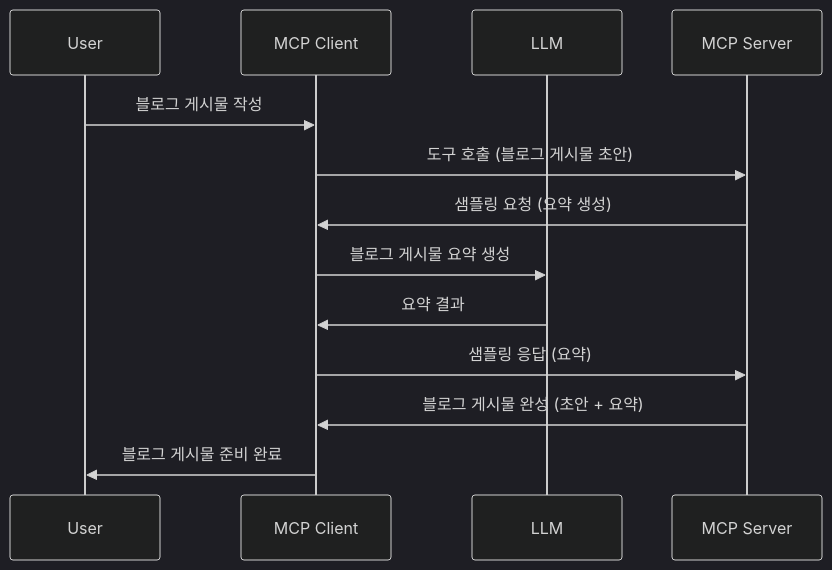
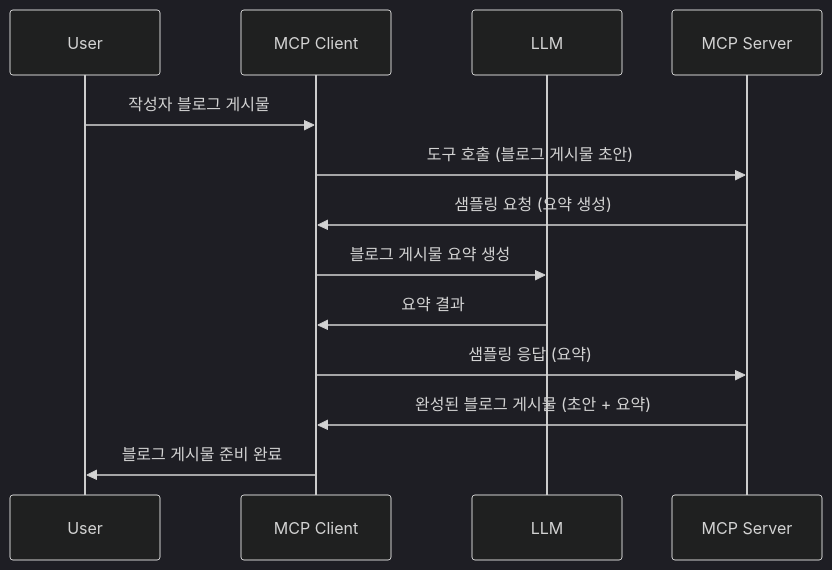
The diagram in mcp_ecosystem__model_context_protocol/mcp_learning_resources/mcp-for-beginners/translations/ko/03-GettingStarted/14-sampling/README.md (HIDORAKAI002/ai-workspace-archive), drawn with Mermaid (dark theme) before and after one commit. The commit also changed other lines of this file and 1046 other files, not shown here.

````diff
--- a/mcp_ecosystem__model_context_protocol/mcp_learning_resources/mcp-for-beginners/translations/ko/03-GettingStarted/14-sampling/README.md
+++ b/mcp_ecosystem__model_context_protocol/mcp_learning_resources/mcp-for-beginners/translations/ko/03-GettingStarted/14-sampling/README.md
@@ -23,16 +25,16 @@
 ```mermaid
 sequenceDiagram
     participant User
     participant MCP Client
     participant LLM
     participant MCP Server
 
-    User->>MCP Client: 블로그 게시물 작성
+    User->>MCP Client: 작성자 블로그 게시물
     MCP Client->>MCP Server: 도구 호출 (블로그 게시물 초안)
     MCP Server->>MCP Client: 샘플링 요청 (요약 생성)
     MCP Client->>LLM: 블로그 게시물 요약 생성
     LLM->>MCP Client: 요약 결과
     MCP Client->>MCP Server: 샘플링 응답 (요약)
-    MCP Server->>MCP Client: 블로그 게시물 완성 (초안 + 요약)
+    MCP Server->>MCP Client: 완성된 블로그 게시물 (초안 + 요약)
     MCP Client->>User: 블로그 게시물 준비 완료
 ```
````
